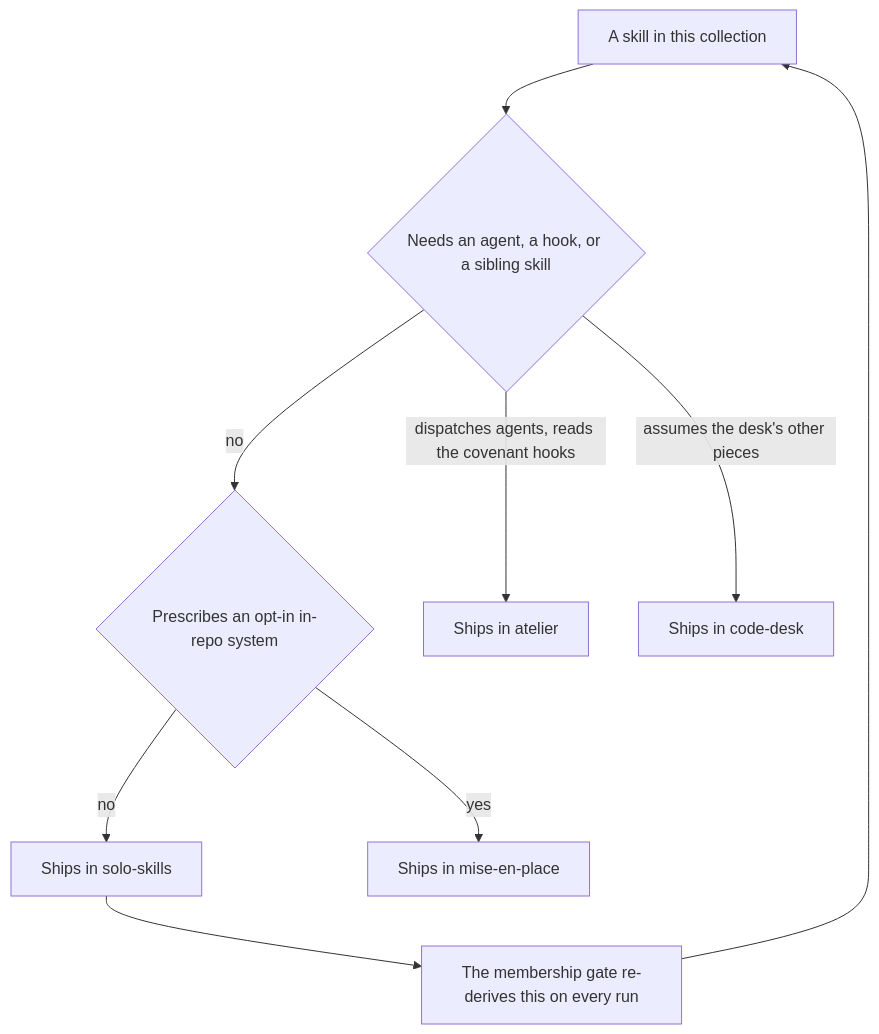
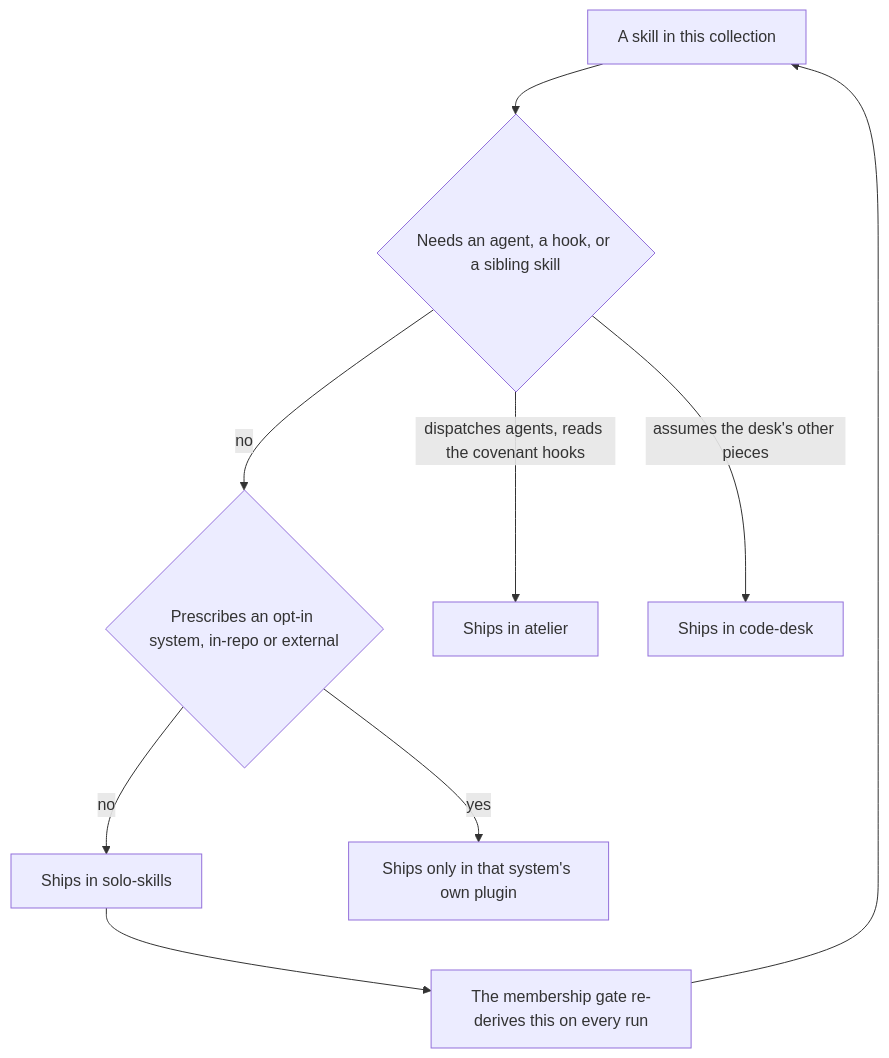
The diagram in plugins/solo-skills/README.md (hsb3/dotfiles-agents), drawn with Mermaid before and after one commit. The commit also changed other lines of this file and 2 other files, not shown here.

````diff
--- a/plugins/solo-skills/README.md
+++ b/plugins/solo-skills/README.md
@@ -17,11 +17,11 @@
 ```mermaid
 flowchart TD
     Skill[A skill in this collection] --> Q{Needs an agent, a hook, or a sibling skill}
-    Q -->|no| Sys{Prescribes an opt-in in-repo system}
+    Q -->|no| Sys{Prescribes an opt-in system, in-repo or external}
     Sys -->|no| Solo[Ships in solo-skills]
-    Sys -->|yes| MEP[Ships in mise-en-place]
+    Sys -->|yes| MEP[Ships only in that system's own plugin]
     Q -->|dispatches agents, reads the covenant hooks| At[Ships in atelier]
     Q -->|assumes the desk's other pieces| CD[Ships in code-desk]
     Solo --> Gate[The membership gate re-derives this on every run]
     Gate --> Skill
 ```
````
